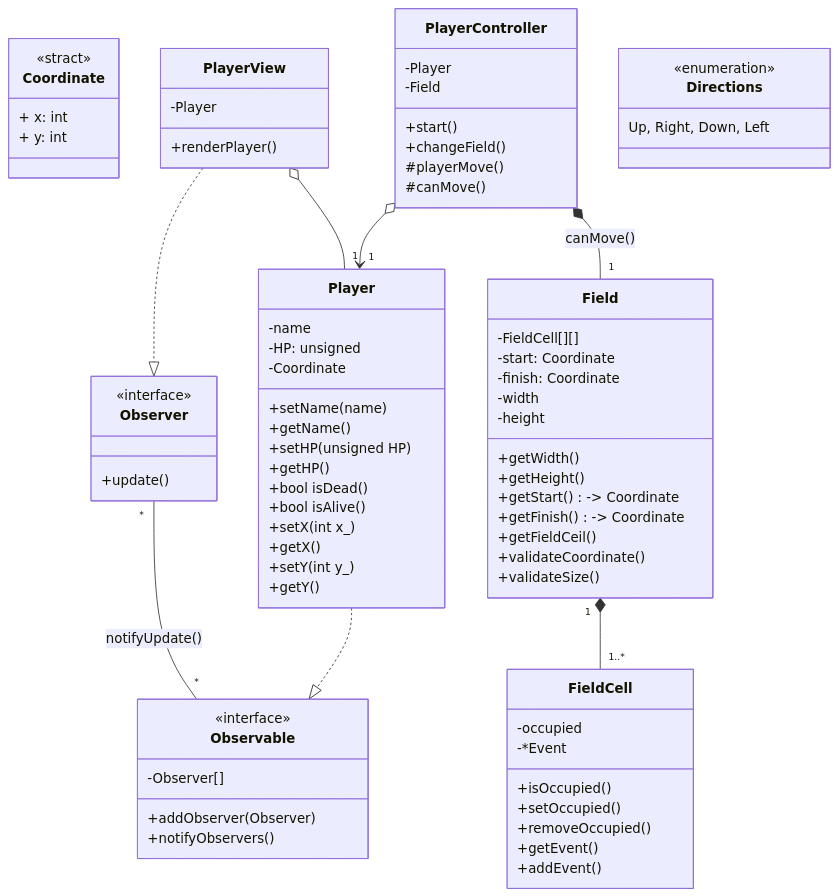
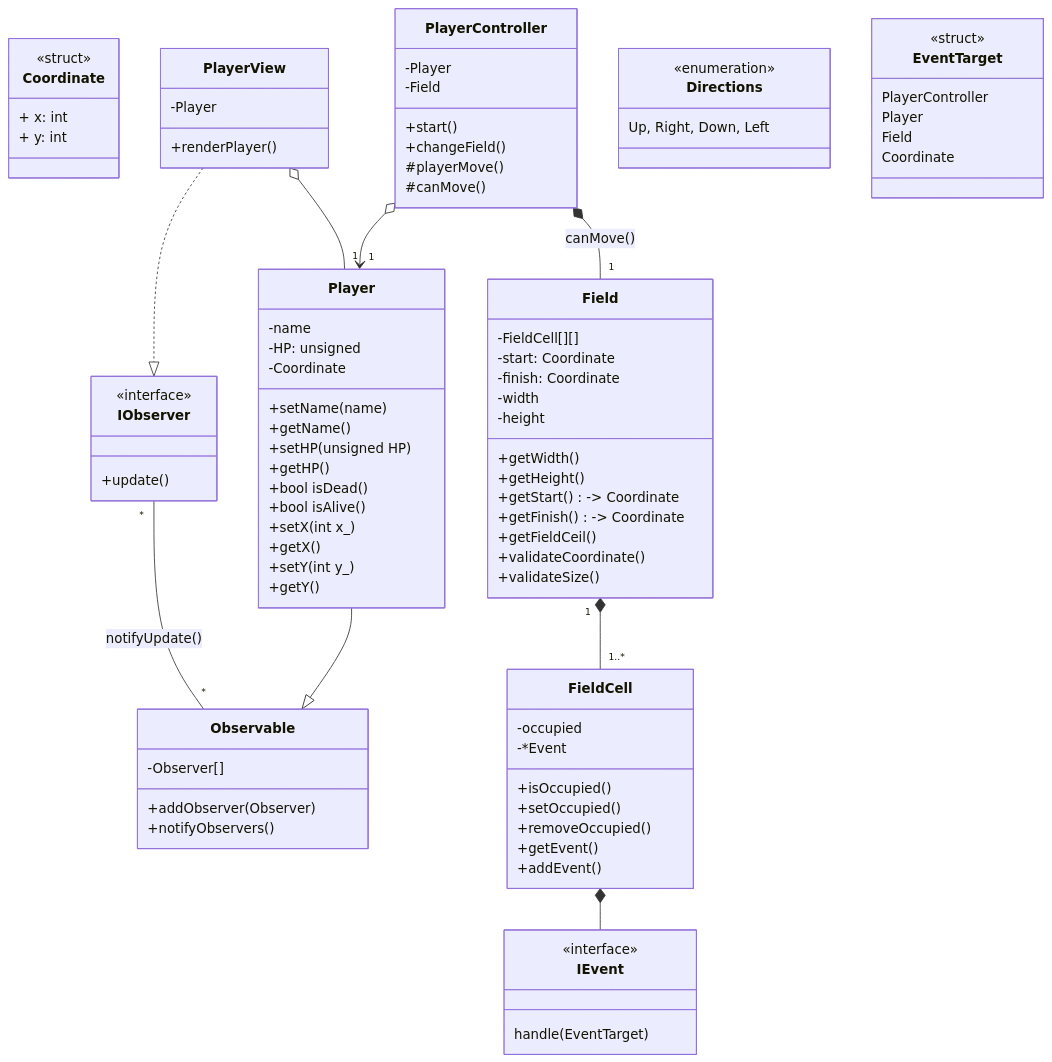
The diagram in class.md (TeUm3048/oop_zhandirych), drawn with Mermaid before and after one commit. The commit also changed 22 other files, not shown here.

````diff
--- a/class.md
+++ b/class.md
@@ -4,7 +4,7 @@
 ---
 classDiagram
     class Coordinate {
-        <<stract>>
+        <<struct>>
         + x: int
         + y: int
     }
@@ -17,12 +17,11 @@
         #canMove()
     }
     class Observable {
-        <<interface>>
         +addObserver(Observer)
         +notifyObservers()
         -Observer[]
     }
-    class Observer {
+    class IObserver {
         <<interface>>
         +update()
     }
@@ -72,17 +71,26 @@
         +validateCoordinate()
         +validateSize()
     }
-%%    class Event {
-%%        <<interface>>
-%%    }
+    class IEvent {
+        <<interface>>
+        handle(EventTarget)
+    }
+    class EventTarget{
+        <<struct>>
+        PlayerController
+        Player
+        Field
+        Coordinate
+    }
 
-    Player ..|> Observable
-    Observer "*" -- "*" Observable: notifyUpdate()
-    PlayerView ..|> Observer
+    Player --|> Observable
+    IObserver "*" -- "*" Observable: notifyUpdate()
+    PlayerView ..|> IObserver
     PlayerView o-- "1" Player
     PlayerController o--> "1" Player
     Field "1" *-- "1..*" FieldCell
     PlayerController *-- "1" Field: canMove()
-%%    FieldCell o-- Event
+
+    FieldCell *-- IEvent
 
 ```
````
